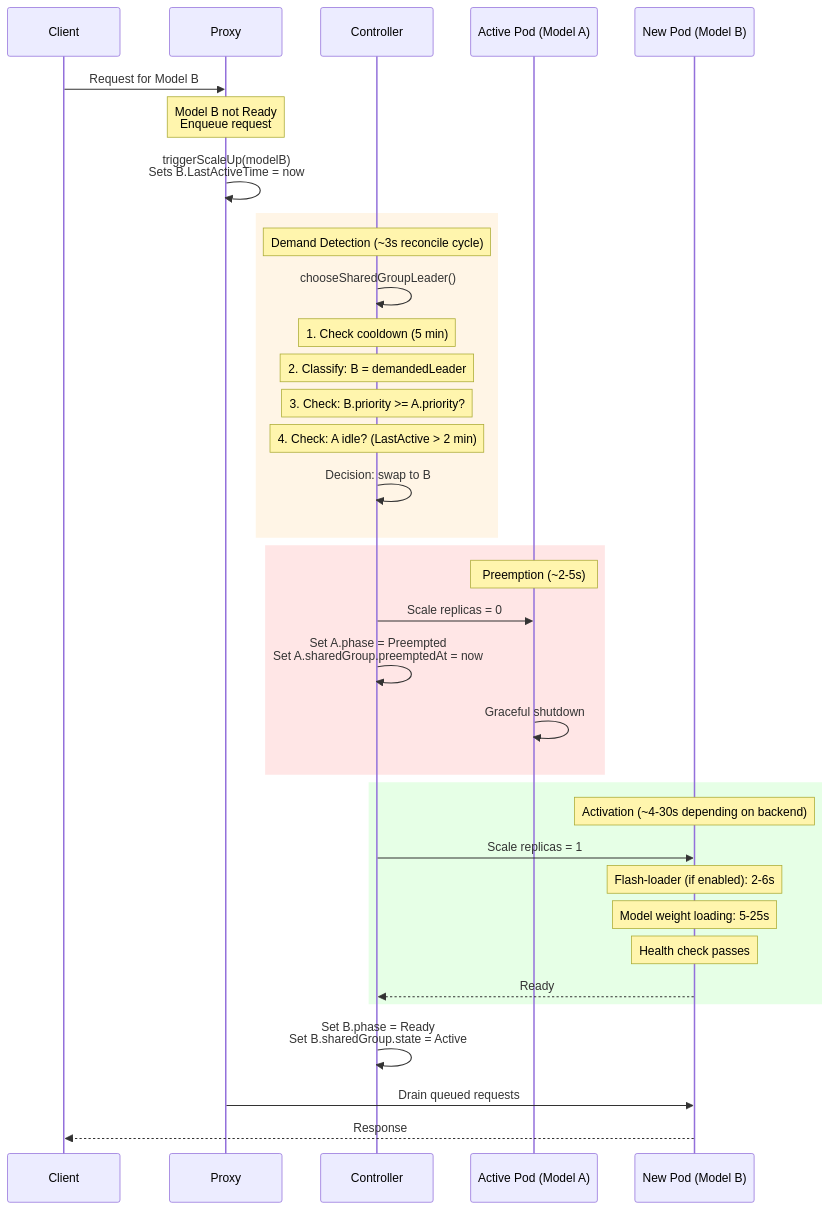
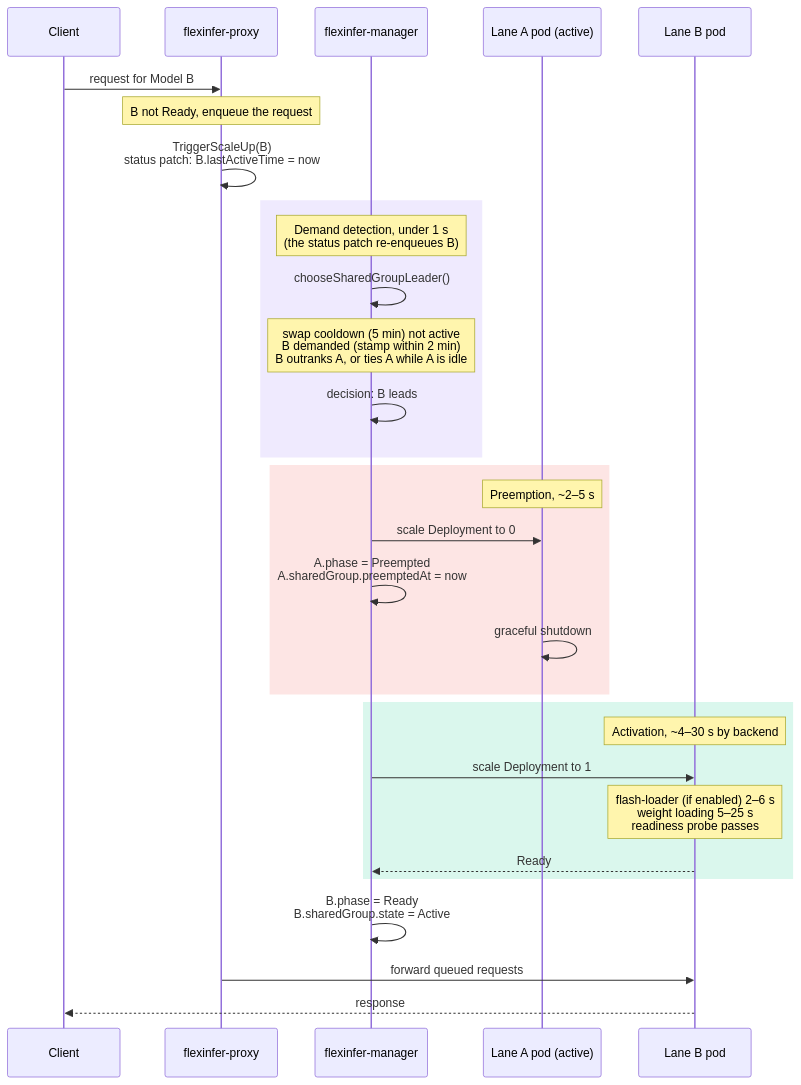
Before and after one commit to flexinfer/flexinfer: the first of 2 diagrams in docs/user/gpu-sharing-runbook.md, drawn with Mermaid. The commit also changed other lines of this file and 7 other files, not shown here.

````diff
--- a/docs/user/gpu-sharing-runbook.md
+++ b/docs/user/gpu-sharing-runbook.md
@@ -209,43 +209,37 @@
 ```mermaid
 sequenceDiagram
     participant Client
-    participant Proxy
-    participant Controller
-    participant ActivePod as Active Pod (Model A)
-    participant NewPod as New Pod (Model B)
+    participant Proxy as flexinfer-proxy
+    participant Controller as flexinfer-manager
+    participant ActivePod as Lane A pod (active)
+    participant NewPod as Lane B pod
 
-    Client->>Proxy: Request for Model B
-    Note over Proxy: Model B not Ready<br/>Enqueue request
+    Client->>Proxy: request for Model B
+    Note over Proxy: B not Ready, enqueue the request
+    Proxy->>Proxy: TriggerScaleUp(B)<br/>status patch: B.lastActiveTime = now
 
-    Proxy->>Proxy: triggerScaleUp(modelB)<br/>Sets B.LastActiveTime = now
-
-    rect rgb(255, 245, 230)
-        Note over Controller: Demand Detection (~3s reconcile cycle)
+    rect rgba(167, 139, 250, 0.18)
+        Note over Controller: Demand detection, under 1 s<br/>(the status patch re-enqueues B)
         Controller->>Controller: chooseSharedGroupLeader()
-        Note over Controller: 1. Check cooldown (5 min)
-        Note over Controller: 2. Classify: B = demandedLeader
-        Note over Controller: 3. Check: B.priority >= A.priority?
-        Note over Controller: 4. Check: A idle? (LastActive > 2 min)
-        Controller->>Controller: Decision: swap to B
+        Note over Controller: swap cooldown (5 min) not active<br/>B demanded (stamp within 2 min)<br/>B outranks A, or ties A while A is idle
+        Controller->>Controller: decision: B leads
     end
 
-    rect rgb(255, 230, 230)
-        Note over ActivePod: Preemption (~2-5s)
-        Controller->>ActivePod: Scale replicas = 0
-        Controller->>Controller: Set A.phase = Preempted<br/>Set A.sharedGroup.preemptedAt = now
-        ActivePod->>ActivePod: Graceful shutdown
+    rect rgba(240, 111, 107, 0.18)
+        Note over ActivePod: Preemption, ~2–5 s
+        Controller->>ActivePod: scale Deployment to 0
+        Controller->>Controller: A.phase = Preempted<br/>A.sharedGroup.preemptedAt = now
+        ActivePod->>ActivePod: graceful shutdown
     end
 
-    rect rgb(230, 255, 230)
-        Note over NewPod: Activation (~4-30s depending on backend)
-        Controller->>NewPod: Scale replicas = 1
-        Note over NewPod: Flash-loader (if enabled): 2-6s
-        Note over NewPod: Model weight loading: 5-25s
-        Note over NewPod: Health check passes
+    rect rgba(52, 211, 153, 0.18)
+        Note over NewPod: Activation, ~4–30 s by backend
+        Controller->>NewPod: scale Deployment to 1
+        Note over NewPod: flash-loader (if enabled) 2–6 s<br/>weight loading 5–25 s<br/>readiness probe passes
         NewPod-->>Controller: Ready
     end
 
-    Controller->>Controller: Set B.phase = Ready<br/>Set B.sharedGroup.state = Active
-    Proxy->>NewPod: Drain queued requests
-    NewPod-->>Client: Response
+    Controller->>Controller: B.phase = Ready<br/>B.sharedGroup.state = Active
+    Proxy->>NewPod: forward queued requests
+    NewPod-->>Client: response
 ```
````
